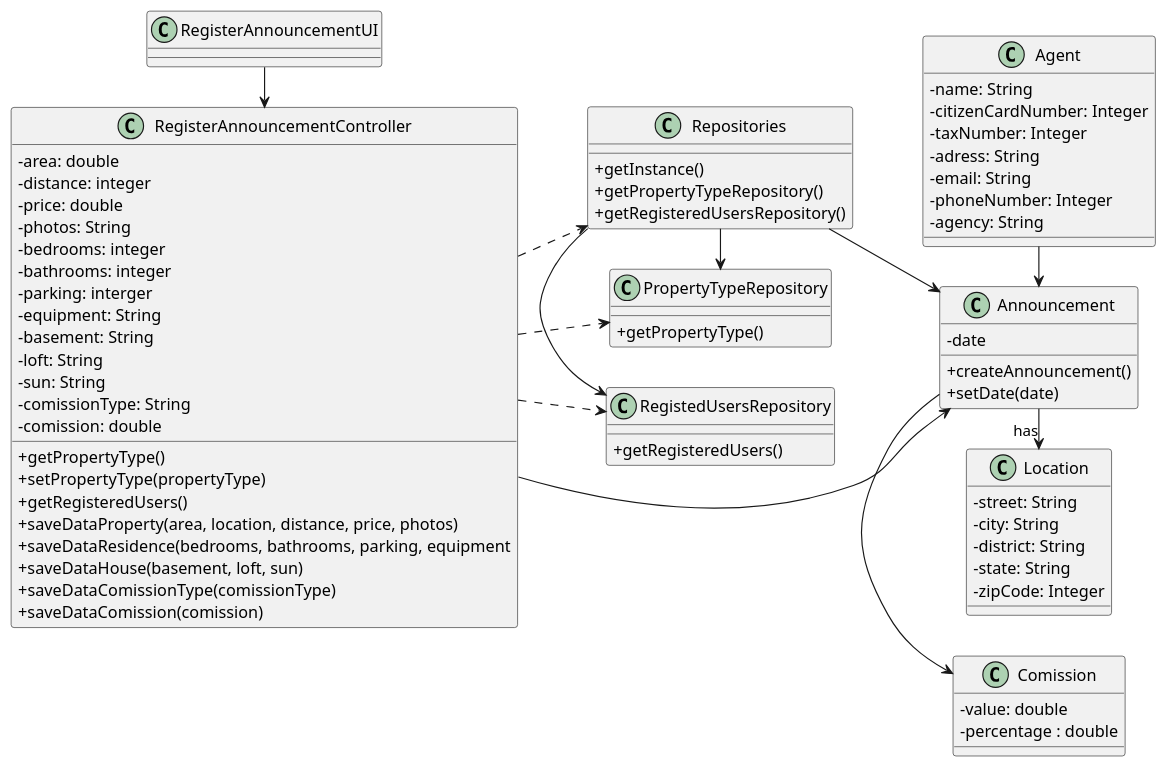
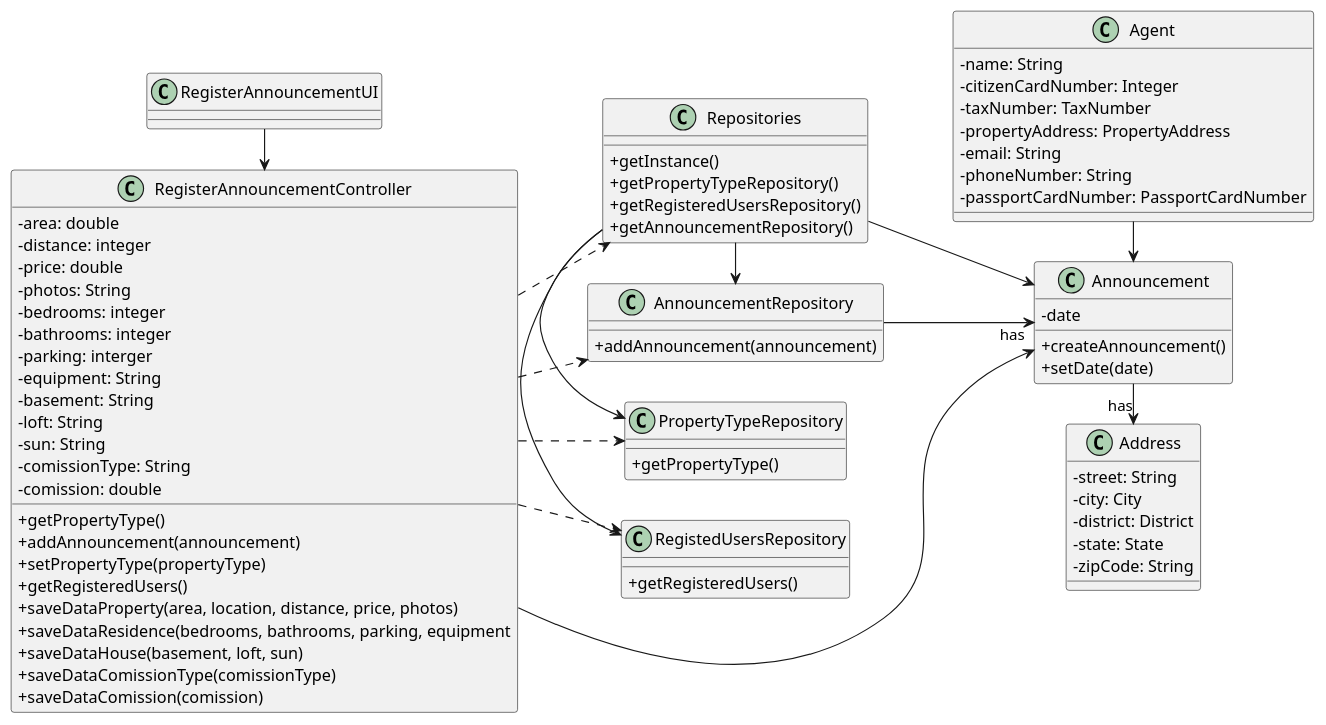
Before and after one commit to 1220812/LAPR2: the diagram in docs/sprintC/us002/03.design/puml/us002-class-diagram.puml, drawn with PlantUML. The commit also changed 6 other files, not shown here.

```diff
--- a/docs/sprintC/us002/03.design/puml/us002-class-diagram.puml
+++ b/docs/sprintC/us002/03.design/puml/us002-class-diagram.puml
@@ -1,102 +1,106 @@
 @startuml
 'skinparam monochrome true
 skinparam packageStyle rectangle
 skinparam shadowing false
 skinparam linetype polyline
 skinparam linetype orto
 
 skinparam classAttributeIconSize 0
 
 left to right direction
 
 class RegisterAnnouncementUI
 
 class RegisterAnnouncementController
 {
     -area: double
     -distance: integer
     -price: double
     -photos: String
     -bedrooms: integer
     -bathrooms: integer
     -parking: interger
     -equipment: String
     -basement: String
     -loft: String
     -sun: String
     -comissionType: String
     -comission: double
     +getPropertyType()
+    +addAnnouncement(announcement)
     +setPropertyType(propertyType)
     +getRegisteredUsers()
     +saveDataProperty(area, location, distance, price, photos)
     +saveDataResidence(bedrooms, bathrooms, parking, equipment
     +saveDataHouse(basement, loft, sun)
     +saveDataComissionType(comissionType)
     +saveDataComission(comission)
 }
 
 class Repositories
 {
     +getInstance()
     +getPropertyTypeRepository()
     +getRegisteredUsersRepository()
+    +getAnnouncementRepository()
 }
 
 class PropertyTypeRepository
 {
     +getPropertyType()
 }
 
 class RegistedUsersRepository
 {
     +getRegisteredUsers()
 }
 
 class Announcement
 {
     -date
     +createAnnouncement()
     +setDate(date)
 }
 
-class Comission
-{
-    -value: double
-    -percentage : double
-}
-
 class Agent
 {
     -name: String
     -citizenCardNumber: Integer
-    -taxNumber: Integer
-    -adress: String
+    -taxNumber: TaxNumber
+    -propertyAddress: PropertyAddress
     -email: String
-    -phoneNumber: Integer
-    -agency: String
+    -phoneNumber: String
+    -passportCardNumber: PassportCardNumber
 }
 
-Class Location
+Class Address
 {
     -street: String
-    -city: String
-    -district: String
-    -state: String
-    -zipCode: Integer
+    -city: City
+    -district: District
+    -state: State
+    -zipCode: String
+}
+
+class AnnouncementRepository
+{
+    +addAnnouncement(announcement)
 }
 
 
 
 RegisterAnnouncementUI -> RegisterAnnouncementController
 RegisterAnnouncementController .> Repositories
 Repositories -> Announcement
 Repositories -> RegistedUsersRepository
 Repositories -> PropertyTypeRepository
+Repositories -> AnnouncementRepository
 RegisterAnnouncementController ---> Announcement
 RegisterAnnouncementController ..> RegistedUsersRepository
 RegisterAnnouncementController ..> PropertyTypeRepository
+RegisterAnnouncementController ..> AnnouncementRepository
+AnnouncementRepository -> "has" Announcement
+
 Agent -> Announcement
-Announcement -> Comission
-Announcement -> "has" Location
+Announcement -> "has" Address
 @enduml
```
